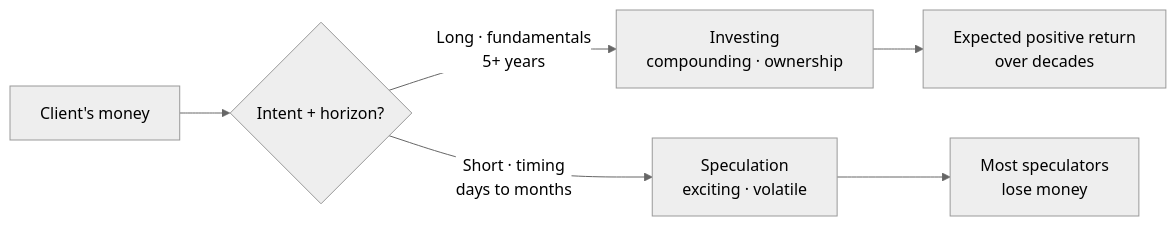
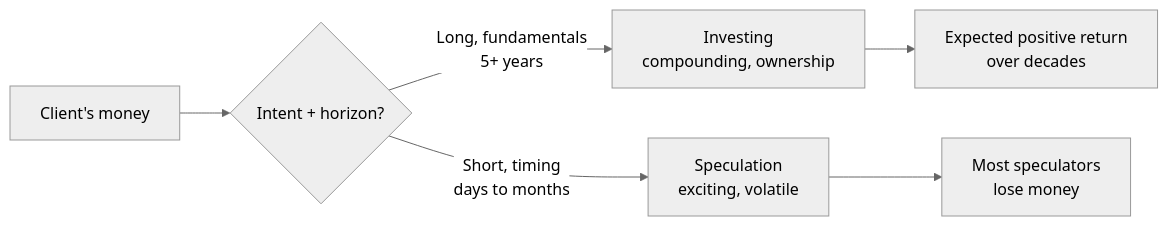
One commit to leotansingapore/aia-product-compass-hub changed the first of 2 diagrams in docs/first-60-days/week-6/day-34.md. Above: the diagram before and after it, drawn with Mermaid (neutral theme). The commit also changed other lines of this file, not shown here.

Commit message:
improve: day-34 hands-on walkthrough for Long-Term Investment Illustrator with 4 reps

````diff
--- a/docs/first-60-days/week-6/day-34.md
+++ b/docs/first-60-days/week-6/day-34.md
@@ -42,8 +43,8 @@
 ```mermaid
 flowchart LR
     A["Client's money"] --> B{"Intent + horizon?"}
-    B -->|"Long · fundamentals<br/>5+ years"| C["Investing<br/>compounding · ownership"]
-    B -->|"Short · timing<br/>days to months"| D["Speculation<br/>exciting · volatile"]
+    B -->|"Long, fundamentals<br/>5+ years"| C["Investing<br/>compounding, ownership"]
+    B -->|"Short, timing<br/>days to months"| D["Speculation<br/>exciting, volatile"]
     C --> E["Expected positive return<br/>over decades"]
     D --> F["Most speculators<br/>lose money"]
 ```
````
